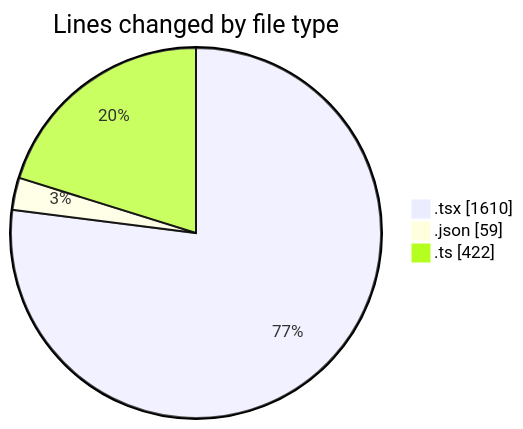
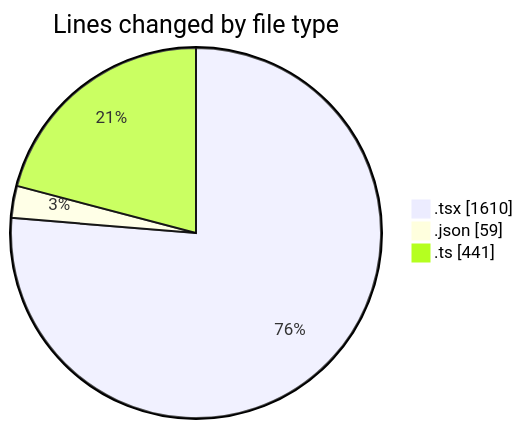
One commit to momahboobian/code-tracking changed the first of 2 diagrams in 2025-11-24/cda/README.md. Above: the diagram before and after it, drawn with Mermaid. The commit also changed other lines of this file and 1 other file, not shown here.

````diff
--- a/2025-11-24/cda/README.md
+++ b/2025-11-24/cda/README.md
@@ -28,7 +28,7 @@
 ```mermaid
 pie showData
 title Lines changed by file type
 ".tsx" : 1610
 ".json" : 59
-".ts" : 422
+".ts" : 441
 ```
````
